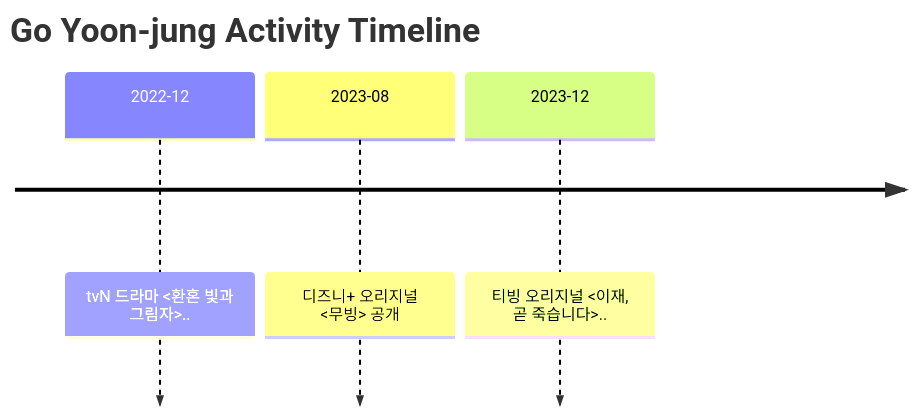
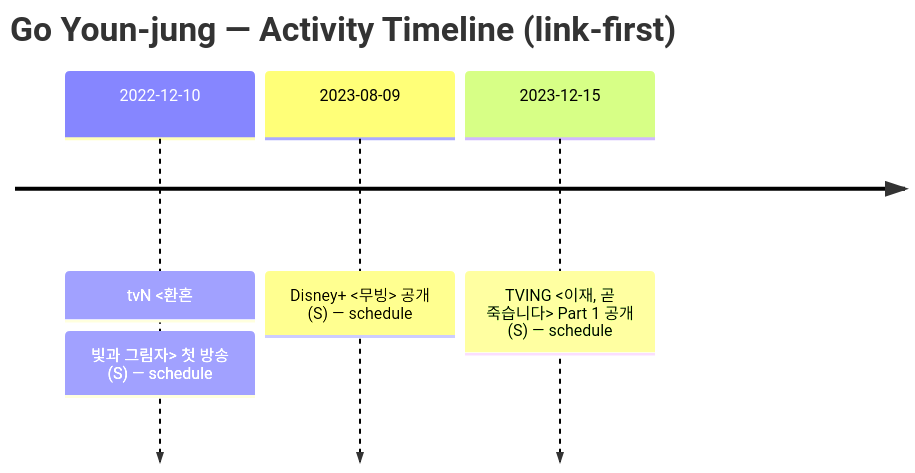
Before and after one commit to dkdleljh/goyoonjung-wiki: the diagram in pages/timeline.md, drawn with Mermaid. The commit also changed other lines of this file and 1 other file, not shown here.

````diff
--- a/pages/timeline.md
+++ b/pages/timeline.md
@@ -4,7 +14,7 @@
 ```mermaid
 timeline
-    title Go Yoon-jung Activity Timeline
-    2022-12 : tvN 드라마 <환혼  빛과 그림자>..
-    2023-08 : 디즈니+ 오리지널 <무빙> 공개
-    2023-12 : 티빙 오리지널 <이재, 곧 죽습니다>..
+    title Go Youn-jung — Activity Timeline (link-first)
+    2022-12-10 : tvN <환혼: 빛과 그림자> 첫 방송 (S) — schedule
+    2023-08-09 : Disney+ <무빙> 공개 (S) — schedule
+    2023-12-15 : TVING <이재, 곧 죽습니다> Part 1 공개 (S) — schedule
 ```
````
